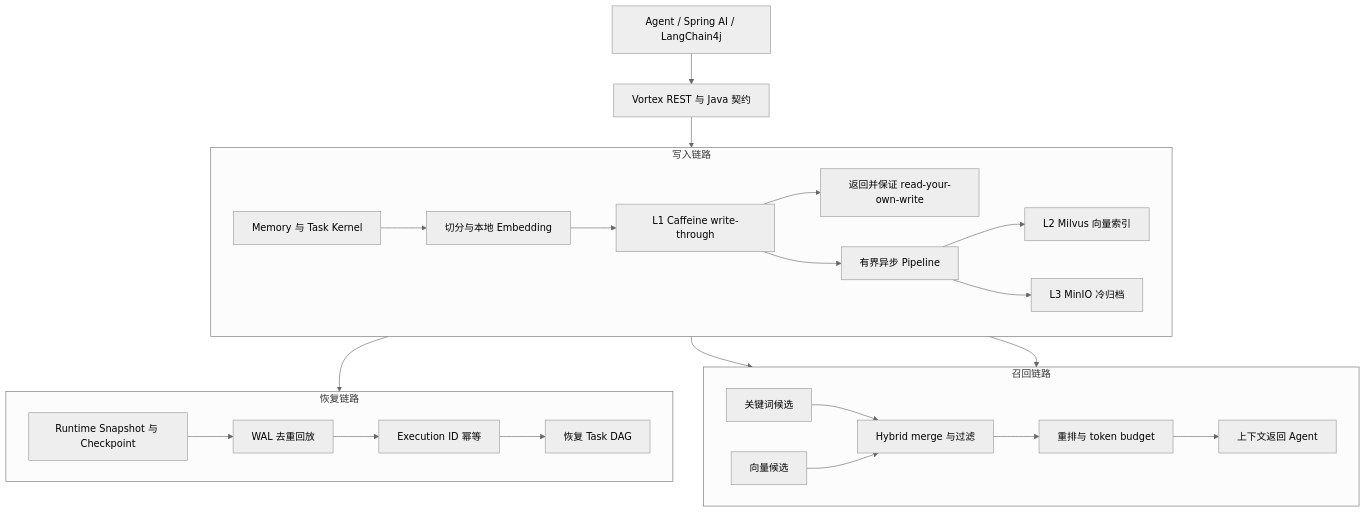
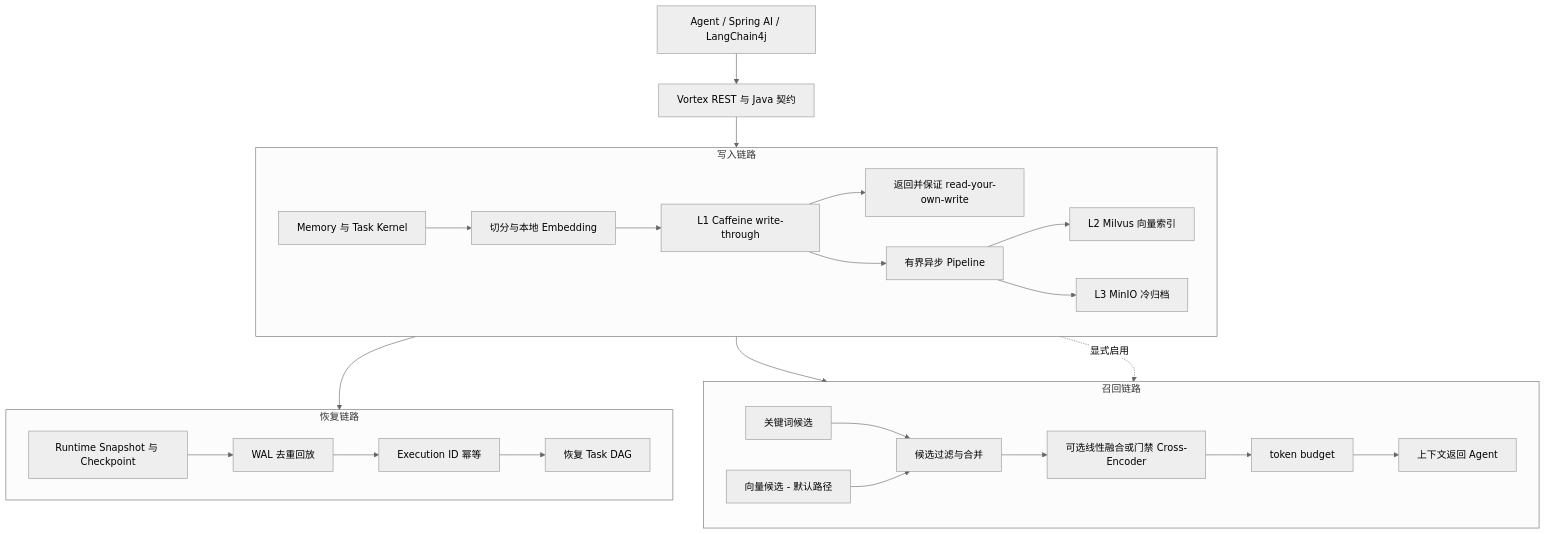
One commit to HaibaraAi2517/Vortex changed the diagram in README_zh.md. Above: the diagram before and after it, drawn with Mermaid (neutral theme). The commit also changed other lines of this file and 32 other files, not shown here.

````diff
--- a/README_zh.md
+++ b/README_zh.md
@@ -29,33 +32,34 @@
 ```mermaid
 flowchart TB
     A[Agent / Spring AI / LangChain4j] --> API[Vortex REST 与 Java 契约]
     API --> K[Memory 与 Task Kernel]
 
     subgraph W[写入链路]
         direction LR
         K --> E[切分与本地 Embedding]
         E --> L1[L1 Caffeine write-through]
         L1 --> ACK[返回并保证 read-your-own-write]
         L1 --> P[有界异步 Pipeline]
         P --> L2[L2 Milvus 向量索引]
         P --> L3[L3 MinIO 冷归档]
     end
 
     subgraph R[召回链路]
         direction LR
-        K --> KW[关键词候选]
-        K --> VC[向量候选]
-        KW --> H[Hybrid merge 与过滤]
+        K --> VC[向量候选 - 默认路径]
+        K -. 显式启用 .-> KW[关键词候选]
+        KW --> H[候选过滤与合并]
         VC --> H
-        H --> B[重排与 token budget]
-        B --> CTX[上下文返回 Agent]
+        H --> B[可选线性融合或门禁 Cross-Encoder]
+        B --> T[token budget]
+        T --> CTX[上下文返回 Agent]
     end
 
     subgraph S[恢复链路]
         direction LR
         K --> CP[Runtime Snapshot 与 Checkpoint]
         CP --> WAL[WAL 去重回放]
         WAL --> ID[Execution ID 幂等]
         ID --> RES[恢复 Task DAG]
     end
 ```
````
